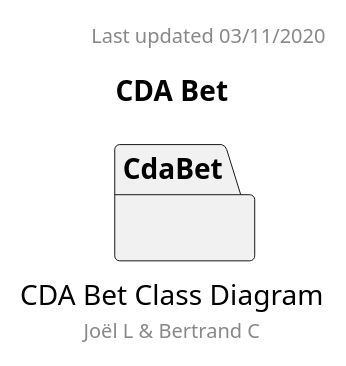
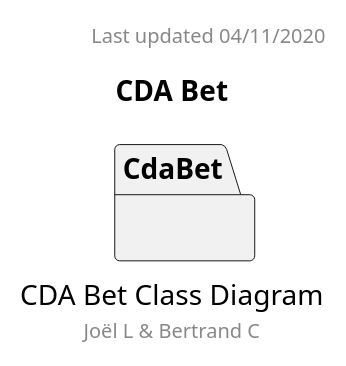
The diagram in docs/diagrams/src/CDA Bet.wsd (OFP-CDA-Mulhouse-2020/parisportif1), drawn with PlantUML before and after one commit. The commit also changed 2 other files, not shown here.

```diff
--- a/docs/diagrams/src/CDA Bet.wsd
+++ b/docs/diagrams/src/CDA Bet.wsd
@@ -1,10 +1,10 @@
 @startuml "CDA Bet Class Diagram"
 hide empty members
 caption CDA Bet Class Diagram
 footer Joël L & Bertrand C
-header Last updated 03/11/2020
+header Last updated 04/11/2020
 title CDA Bet
 
 namespace CdaBet {
 }
 @enduml
```
